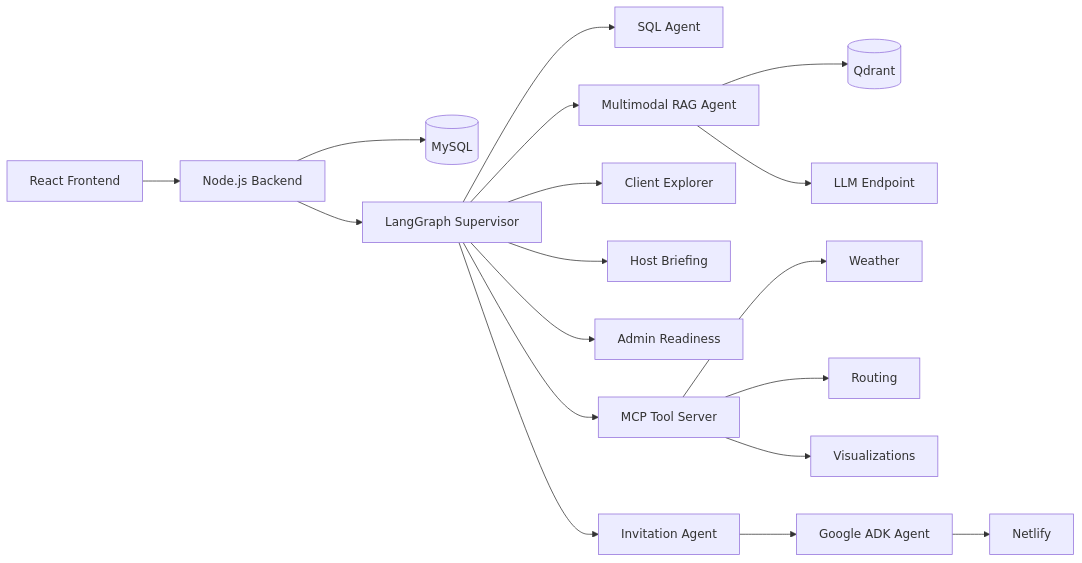
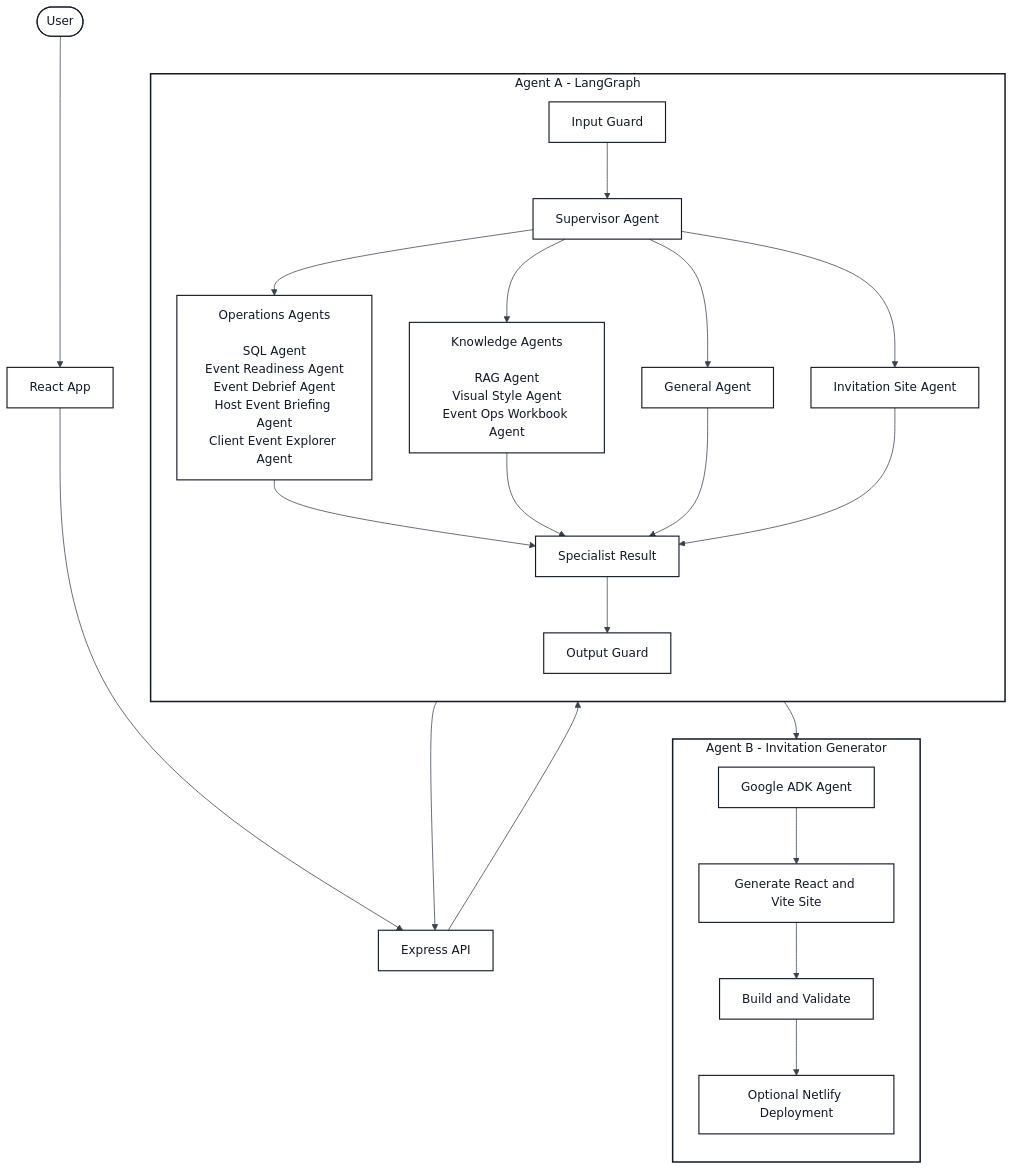
The diagram in README.md (diakhalil/Gatherly_Chatbot), drawn with Mermaid before and after one commit. The commit also changed other lines of this file and 26 other files, not shown here.

````diff
--- a/README.md
+++ b/README.md
@@ -104,24 +144,37 @@
 ```mermaid
-flowchart LR
-    U[React Frontend] --> B[Node.js Backend]
-    B --> DB[(MySQL)]
-    B --> A[LangGraph Supervisor]
+%%{init: {"theme": "base", "themeVariables": {"background": "#ffffff", "primaryColor": "#ffffff", "primaryTextColor": "#111827", "primaryBorderColor": "#111827", "lineColor": "#374151", "secondaryColor": "#ffffff", "tertiaryColor": "#ffffff", "clusterBkg": "#ffffff", "clusterBorder": "#111827"}}}%%
+flowchart TB
+    USER([User]) --> APP[React App] --> API[Express API]
+    API --> INPUT
 
-    A --> SQL[SQL Agent]
-    A --> RAG[Multimodal RAG Agent]
-    A --> CLIENT[Client Explorer]
-    A --> HOST[Host Briefing]
-    A --> ADMIN[Admin Readiness]
-    A --> INVITE[Invitation Agent]
+    subgraph A[Agent A - LangGraph]
+        direction TB
+        INPUT[Input Guard] --> SUP[Supervisor Agent]
 
-    RAG --> Q[(Qdrant)]
-    RAG --> LLM[LLM Endpoint]
+        SUP --> OPERATIONS[Operations Agents<br/><br/>SQL Agent<br/>Event Readiness Agent<br/>Event Debrief Agent<br/>Host Event Briefing Agent<br/>Client Event Explorer Agent]
+        SUP --> KNOWLEDGE[Knowledge Agents<br/><br/>RAG Agent<br/>Visual Style Agent<br/>Event Ops Workbook Agent]
+        SUP --> GENERAL[General Agent]
+        SUP --> INVITE[Invitation Site Agent]
 
-    A --> MCP[MCP Tool Server]
-    MCP --> WEATHER[Weather]
-    MCP --> ROUTE[Routing]
-    MCP --> VIS[Visualizations]
+        OPERATIONS --> RESULT[Specialist Result]
+        KNOWLEDGE --> RESULT
+        GENERAL --> RESULT
+        INVITE --> RESULT
+        RESULT --> OUTPUT[Output Guard]
+    end
 
-    INVITE --> AGENTB[Google ADK Agent]
-    AGENTB --> NETLIFY[Netlify]
+    OUTPUT --> API
+    INVITE --> ADK
+
+    subgraph B[Agent B - Invitation Generator]
+        direction TB
+        ADK[Google ADK Agent] --> SITE[Generate React and Vite Site]
+        SITE --> BUILD[Build and Validate]
+        BUILD --> DEPLOY[Optional Netlify Deployment]
+    end
+
+    classDef box fill:#ffffff,stroke:#111827,color:#111827,stroke-width:1.5px;
+    class USER,APP,API,INPUT,SUP,OPERATIONS,KNOWLEDGE,GENERAL,INVITE,RESULT,OUTPUT,ADK,SITE,BUILD,DEPLOY box;
+    style A fill:#ffffff,stroke:#111827,stroke-width:2px,color:#111827;
+    style B fill:#ffffff,stroke:#111827,stroke-width:2px,color:#111827;
 ```
````
